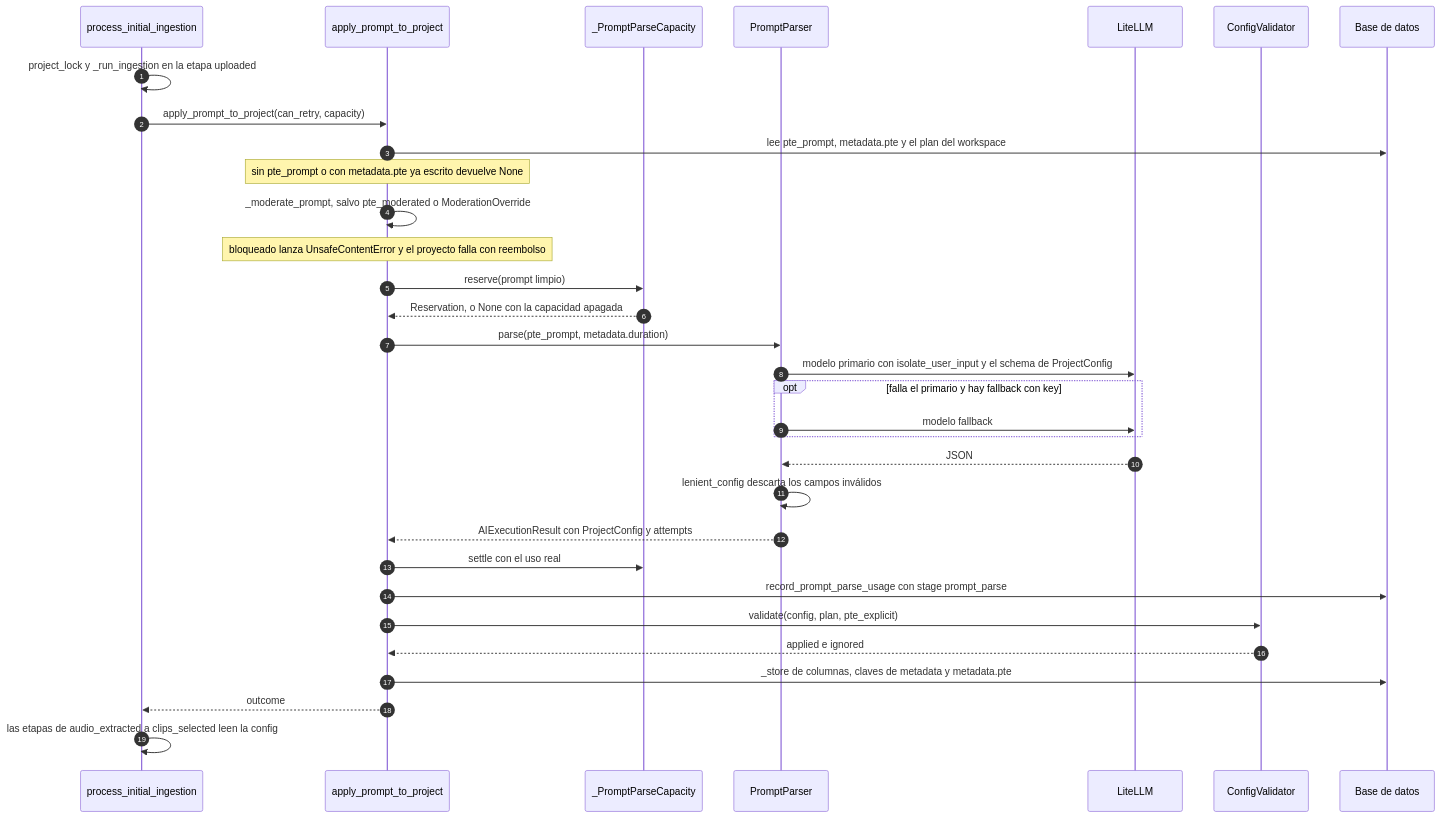
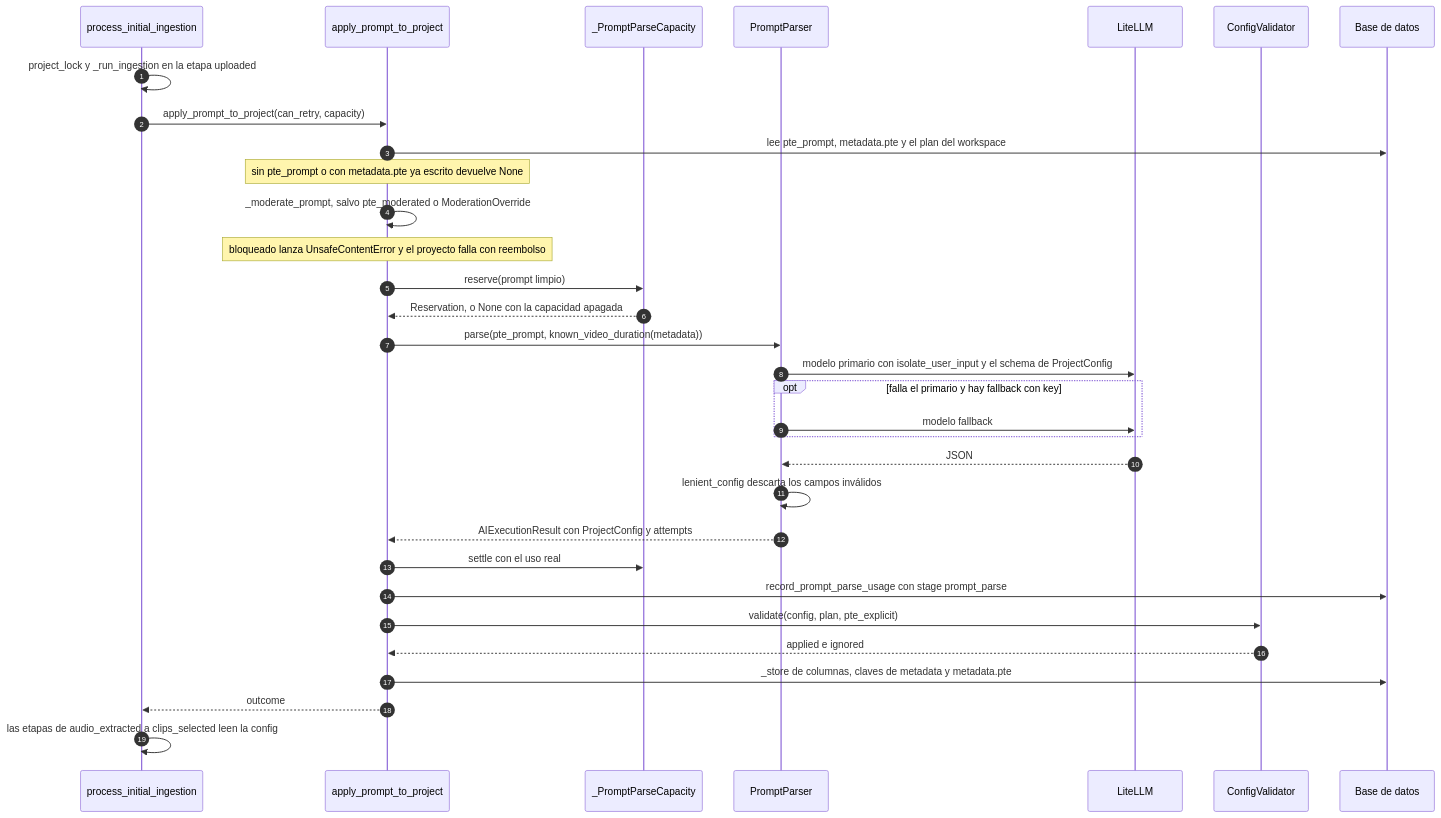
The second of 3 diagrams in documents/ia/04-prompt-to-edit.md (RomeKai/videoeditUTN), drawn with Mermaid before and after one commit. The commit also changed other lines of this file and 2 other files, not shown here.

First line of the commit message:
fix(ia): el lector de Prompt-to-Edit recibe la duración medida de la subida

````diff
--- a/documents/ia/04-prompt-to-edit.md
+++ b/documents/ia/04-prompt-to-edit.md
@@ -77,35 +77,35 @@
 ```mermaid
 sequenceDiagram
     autonumber
     participant W as process_initial_ingestion
     participant AP as apply_prompt_to_project
     participant CAP as _PromptParseCapacity
     participant PP as PromptParser
     participant LLM as LiteLLM
     participant CV as ConfigValidator
     participant DB as Base de datos
 
     W->>W: project_lock y _run_ingestion en la etapa uploaded
     W->>AP: apply_prompt_to_project(can_retry, capacity)
     AP->>DB: lee pte_prompt, metadata.pte y el plan del workspace
     Note over AP: sin pte_prompt o con metadata.pte ya escrito devuelve None
     AP->>AP: _moderate_prompt, salvo pte_moderated o ModerationOverride
     Note over AP: bloqueado lanza UnsafeContentError y el proyecto falla con reembolso
     AP->>CAP: reserve(prompt limpio)
     CAP-->>AP: Reservation, o None con la capacidad apagada
-    AP->>PP: parse(pte_prompt, metadata.duration)
+    AP->>PP: parse(pte_prompt, known_video_duration(metadata))
     PP->>LLM: modelo primario con isolate_user_input y el schema de ProjectConfig
     opt falla el primario y hay fallback con key
         PP->>LLM: modelo fallback
     end
     LLM-->>PP: JSON
     PP->>PP: lenient_config descarta los campos inválidos
     PP-->>AP: AIExecutionResult con ProjectConfig y attempts
     AP->>CAP: settle con el uso real
     AP->>DB: record_prompt_parse_usage con stage prompt_parse
     AP->>CV: validate(config, plan, pte_explicit)
     CV-->>AP: applied e ignored
     AP->>DB: _store de columnas, claves de metadata y metadata.pte
     AP-->>W: outcome
     W->>W: las etapas de audio_extracted a clips_selected leen la config
 ```
````
